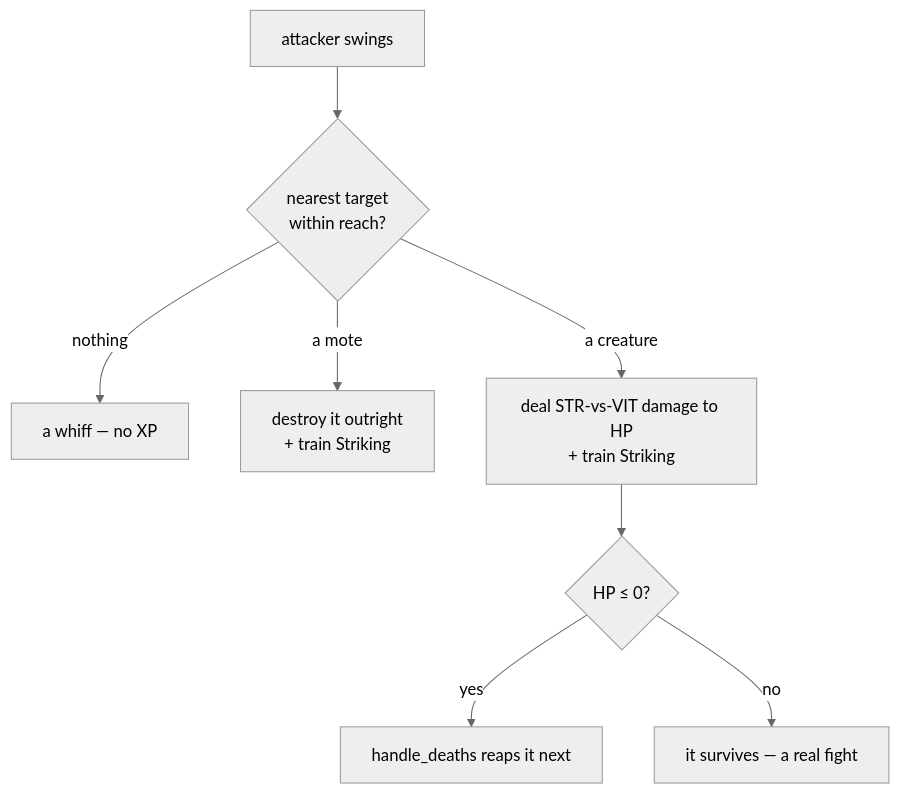
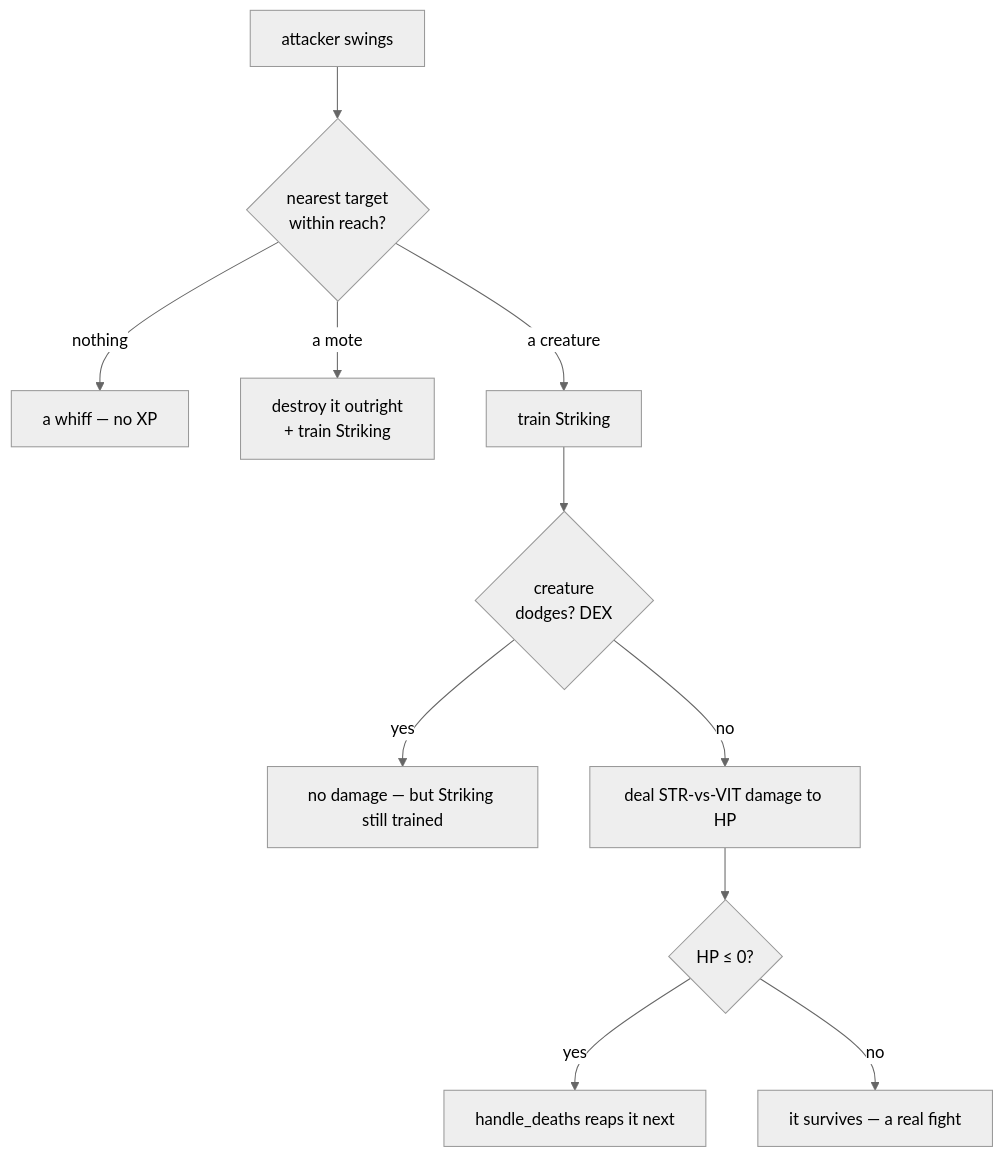
One commit to IsItJeff/game-engine changed the diagram in docs/engine/combat.md. Above: the diagram before and after it, drawn with Mermaid (neutral theme). The commit also changed other lines of this file and 5 other files, not shown here.

````diff
--- a/docs/engine/combat.md
+++ b/docs/engine/combat.md
@@ -39,10 +39,12 @@
 ```mermaid
 flowchart TD
   a[attacker swings] --> reach{nearest target<br/>within reach?}
   reach -->|nothing| miss[a whiff — no XP]
   reach -->|a mote| pop[destroy it outright<br/>+ train Striking]
-  reach -->|a creature| dmg[deal STR-vs-VIT damage to HP<br/>+ train Striking]
+  reach -->|a creature| train[train Striking] --> dodge{creature<br/>dodges? DEX}
+  dodge -->|yes| whiff[no damage — but Striking still trained]
+  dodge -->|no| dmg[deal STR-vs-VIT damage to HP]
   dmg --> dead{HP ≤ 0?}
   dead -->|yes| reap[handle_deaths reaps it next]
   dead -->|no| live[it survives — a real fight]
 ```
````
